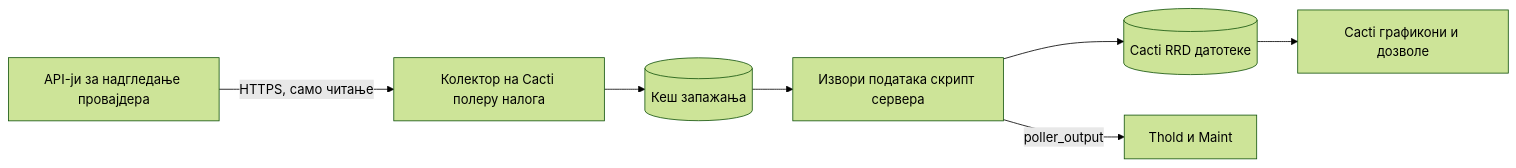
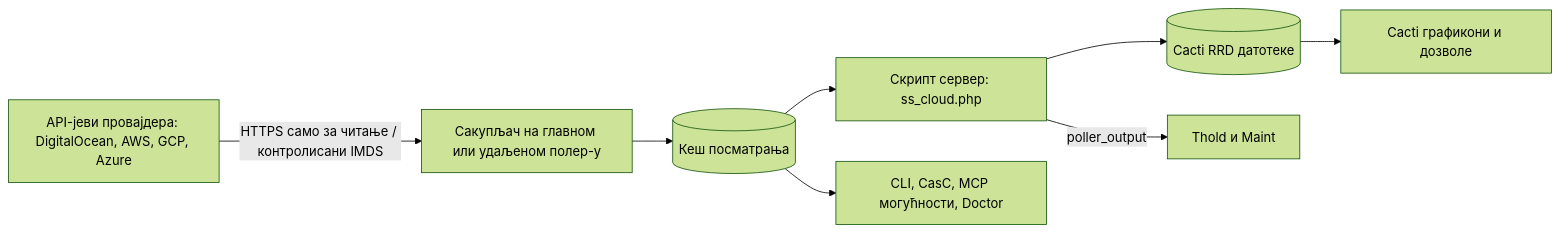
The diagram in docs/i18n/sr-RS/README.md (somethingwithproof/plugin_cloud), drawn with Mermaid (forest theme) before and after one commit. The commit also changed other lines of this file and 48 other files, not shown here.

First line of the commit message:
docs(readme): document AWS, GCP, Azure drivers, remote collectors, and ecosystem hooks

````diff
--- a/docs/i18n/sr-RS/README.md
+++ b/docs/i18n/sr-RS/README.md
@@ -100,9 +148,10 @@
 ```mermaid
 flowchart LR
-    API[API-ји за надгледање провајдера] -->|HTTPS, само читање| C[Колектор на Cacti полеру налога]
-    C --> O[(Кеш запажања)]
-    O --> SS[Извори података скрипт сервера]
+    API[API-јеви провајдера: DigitalOcean, AWS, GCP, Azure] -->|HTTPS само за читање / контролисани IMDS| C[Сакупљач на главном или удаљеном полер-у]
+    C --> O[(Кеш посматрања)]
+    O --> SS[Скрипт сервер: ss_cloud.php]
     SS --> RRD[(Cacti RRD датотеке)]
     SS -->|poller_output| T[Thold и Maint]
     RRD --> G[Cacti графикони и дозволе]
+    O --> ECO[CLI, CasC, MCP могућности, Doctor]
 ```
````
